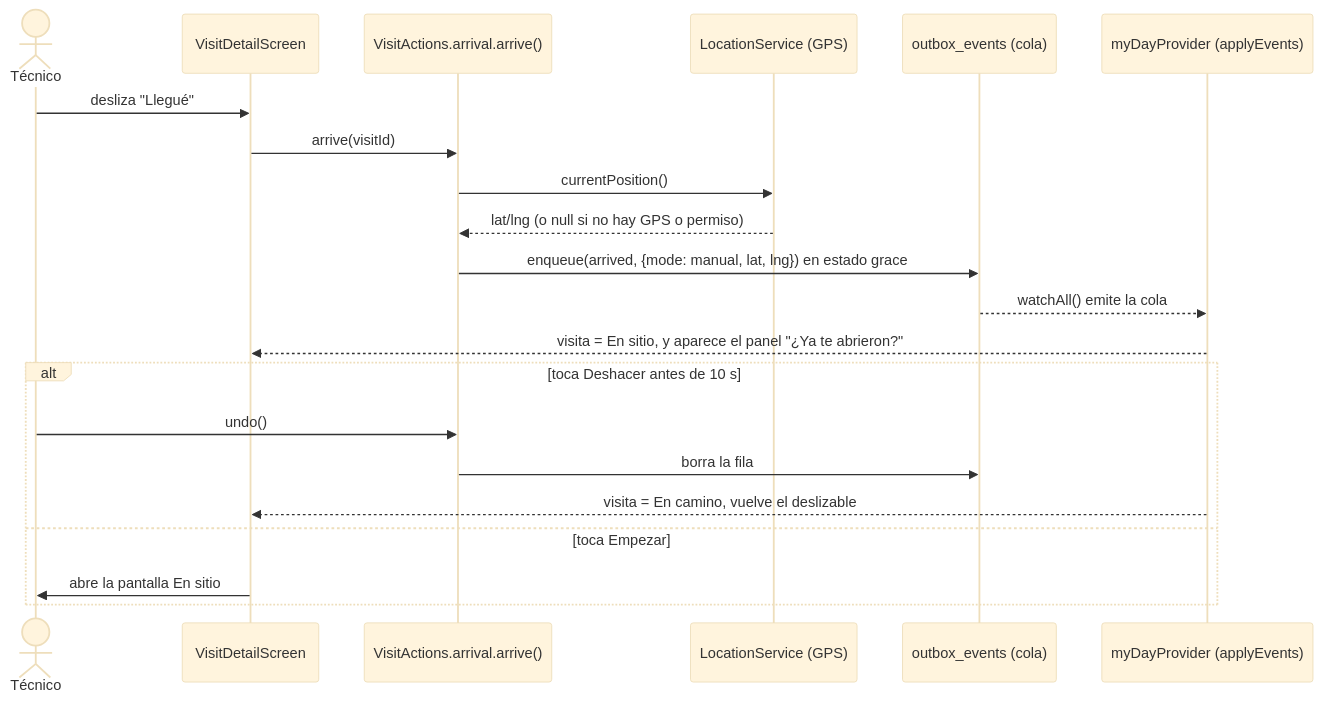
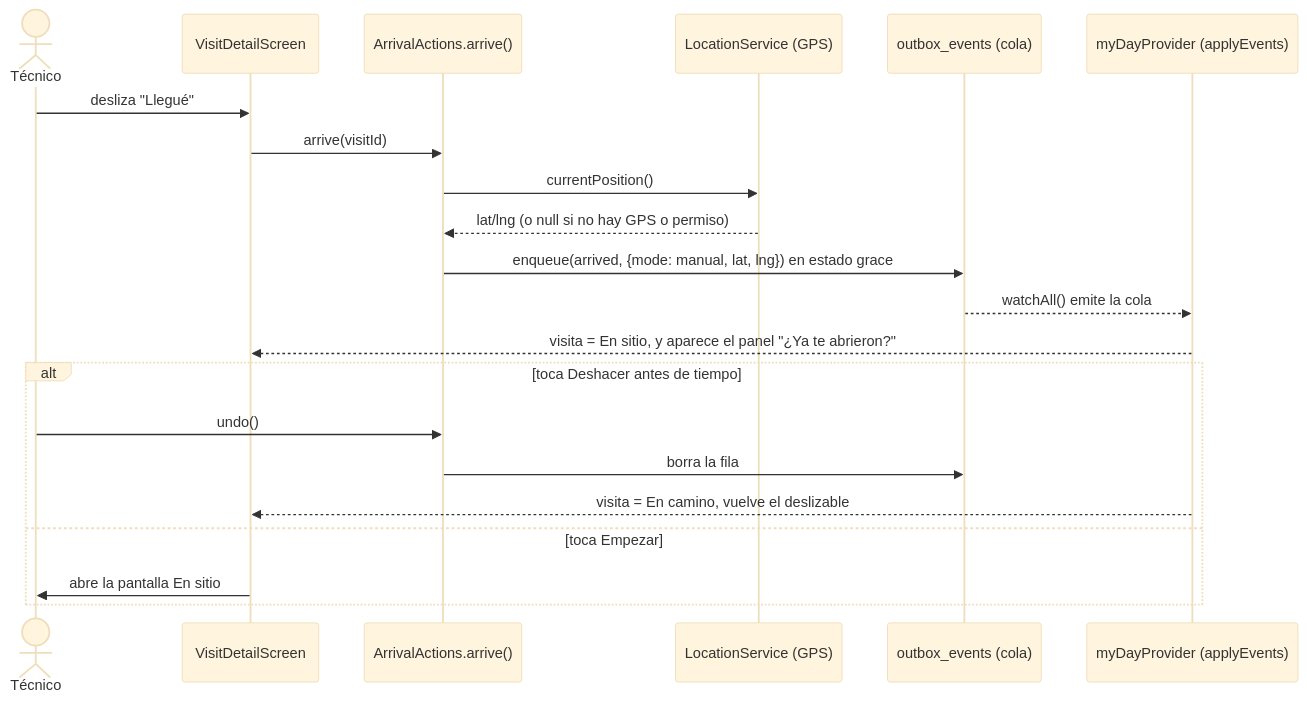
The fifth of 9 diagrams in README.md (edggclu/rutas_app), drawn with Mermaid (base theme) before and after one commit. The commit also changed other lines of this file and 1 other file, not shown here.

````diff
--- a/README.md
+++ b/README.md
@@ -236,24 +299,24 @@
 ```mermaid
 sequenceDiagram
     actor T as Técnico
     participant D as VisitDetailScreen
-    participant A as VisitActions.arrival.arrive()
+    participant A as ArrivalActions.arrive()
     participant L as LocationService (GPS)
     participant O as outbox_events (cola)
     participant S as myDayProvider (applyEvents)
 
     T->>D: desliza "Llegué"
     D->>A: arrive(visitId)
     A->>L: currentPosition()
     L-->>A: lat/lng (o null si no hay GPS o permiso)
     A->>O: enqueue(arrived, {mode: manual, lat, lng}) en estado grace
     O-->>S: watchAll() emite la cola
     S-->>D: visita = En sitio, y aparece el panel "¿Ya te abrieron?"
-    alt toca Deshacer antes de 10 s
+    alt toca Deshacer antes de tiempo
         T->>A: undo()
         A->>O: borra la fila
         S-->>D: visita = En camino, vuelve el deslizable
     else toca Empezar
         D->>T: abre la pantalla En sitio
     end
 ```
````
